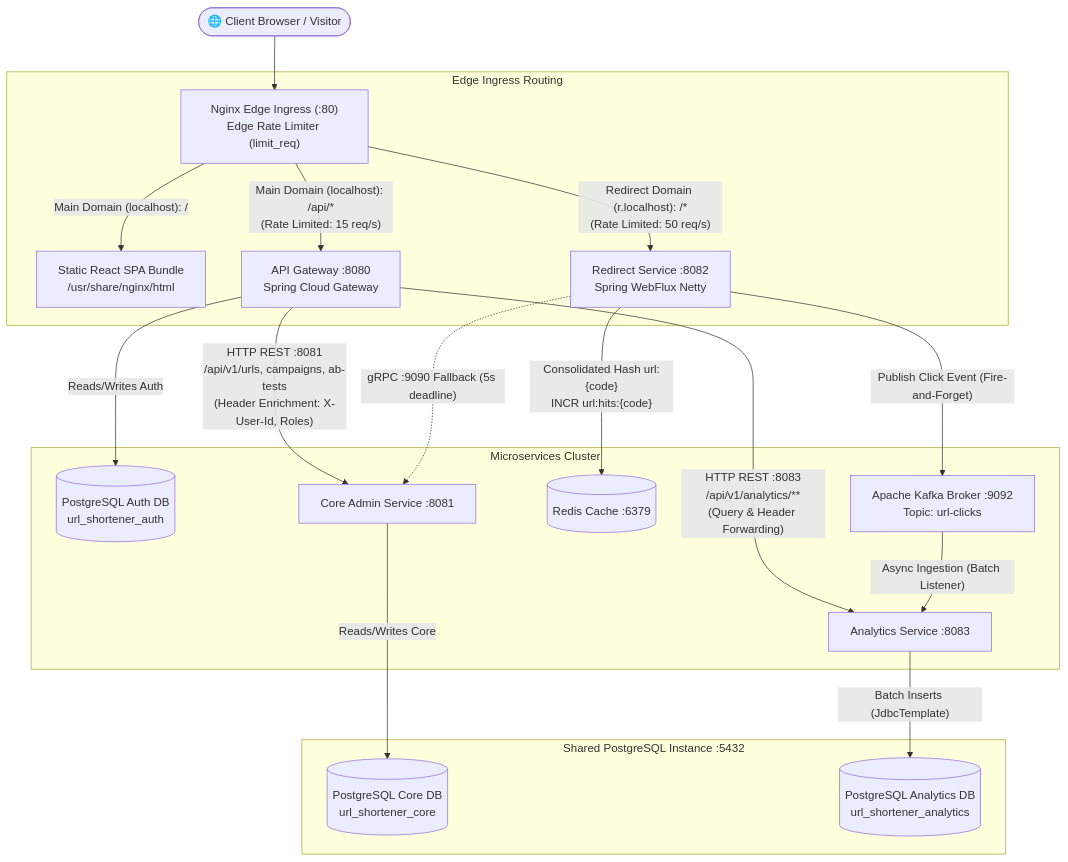
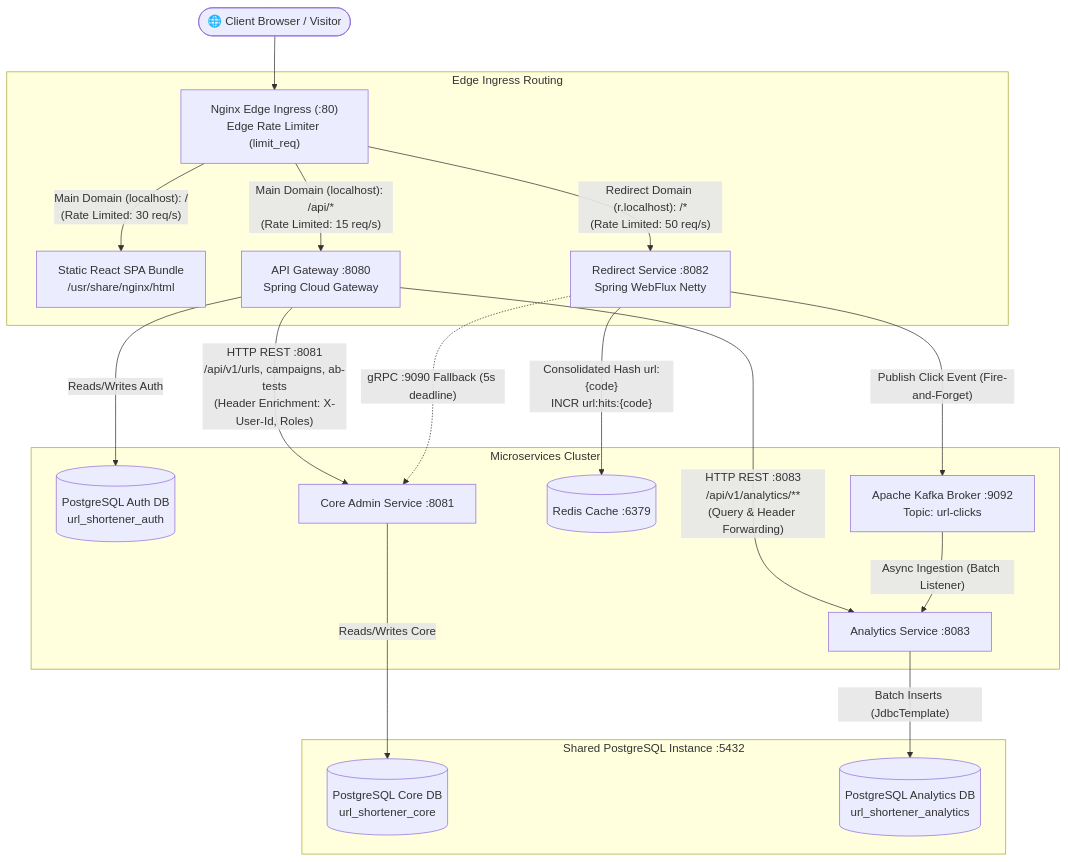
Before and after one commit to TheFastest599/url-shortener: the first of 3 diagrams in docs/url_shortener_design_doc.md, drawn with Mermaid. The commit also changed other lines of this file and 2 other files, not shown here.

Commit message:
feat: add rate limit in frontend

````diff
--- a/docs/url_shortener_design_doc.md
+++ b/docs/url_shortener_design_doc.md
@@ -49,35 +49,35 @@
 ```mermaid
 graph TD
     Client(["🌐 Client Browser / Visitor"]) --> Ingress["Nginx Edge Ingress (:80)<br/>Edge Rate Limiter (limit_req)"]
     
     subgraph Edge Ingress Routing
-        Ingress -->|"Main Domain (localhost): /"| ReactSPA["Static React SPA Bundle<br/>/usr/share/nginx/html"]
+        Ingress -->|"Main Domain (localhost): /<br/>(Rate Limited: 30 req/s)"| ReactSPA["Static React SPA Bundle<br/>/usr/share/nginx/html"]
         Ingress -->|"Main Domain (localhost): /api/*<br/>(Rate Limited: 15 req/s)"| API_Gateway["API Gateway :8080<br/>Spring Cloud Gateway"]
         Ingress -->|"Redirect Domain (r.localhost): /*<br/>(Rate Limited: 50 req/s)"| MS_Redirect["Redirect Service :8082<br/>Spring WebFlux Netty"]
     end
 
     subgraph Microservices Cluster
         %% API Gateway & Auth
         API_Gateway -->|Reads/Writes Auth| DB_Auth[("PostgreSQL Auth DB<br/>url_shortener_auth")]
 
         %% Downstream HTTP REST Routing & Header/Query Transformation
         API_Gateway -->|"HTTP REST :8081<br/>/api/v1/urls, campaigns, ab-tests<br/>(Header Enrichment: X-User-Id, Roles)"| MS_Core["Core Admin Service :8081"]
         API_Gateway -->|"HTTP REST :8083<br/>/api/v1/analytics/**<br/>(Query & Header Forwarding)"| MS_Analytics["Analytics Service :8083"]
 
         %% Redirect Service
         MS_Redirect -->|"Consolidated Hash url:{code}<br/>INCR url:hits:{code}"| Redis_Shared[("Redis Cache :6379")]
         MS_Redirect -.->|"gRPC :9090 Fallback (5s deadline)"| MS_Core
         MS_Redirect -->|"Publish Click Event (Fire-and-Forget)"| KafkaBroker["Apache Kafka Broker :9092<br/>Topic: url-clicks"]
     end
 
     subgraph Shared PostgreSQL Instance :5432
         DB_Auth
         DB_Core[("PostgreSQL Core DB<br/>url_shortener_core")]
         DB_Analytics[("PostgreSQL Analytics DB<br/>url_shortener_analytics")]
     end
 
     %% Core & Analytics DBs
     MS_Core -->|Reads/Writes Core| DB_Core
     KafkaBroker -->|"Async Ingestion (Batch Listener)"| MS_Analytics
     MS_Analytics -->|"Batch Inserts (JdbcTemplate)"| DB_Analytics
 ```
````
